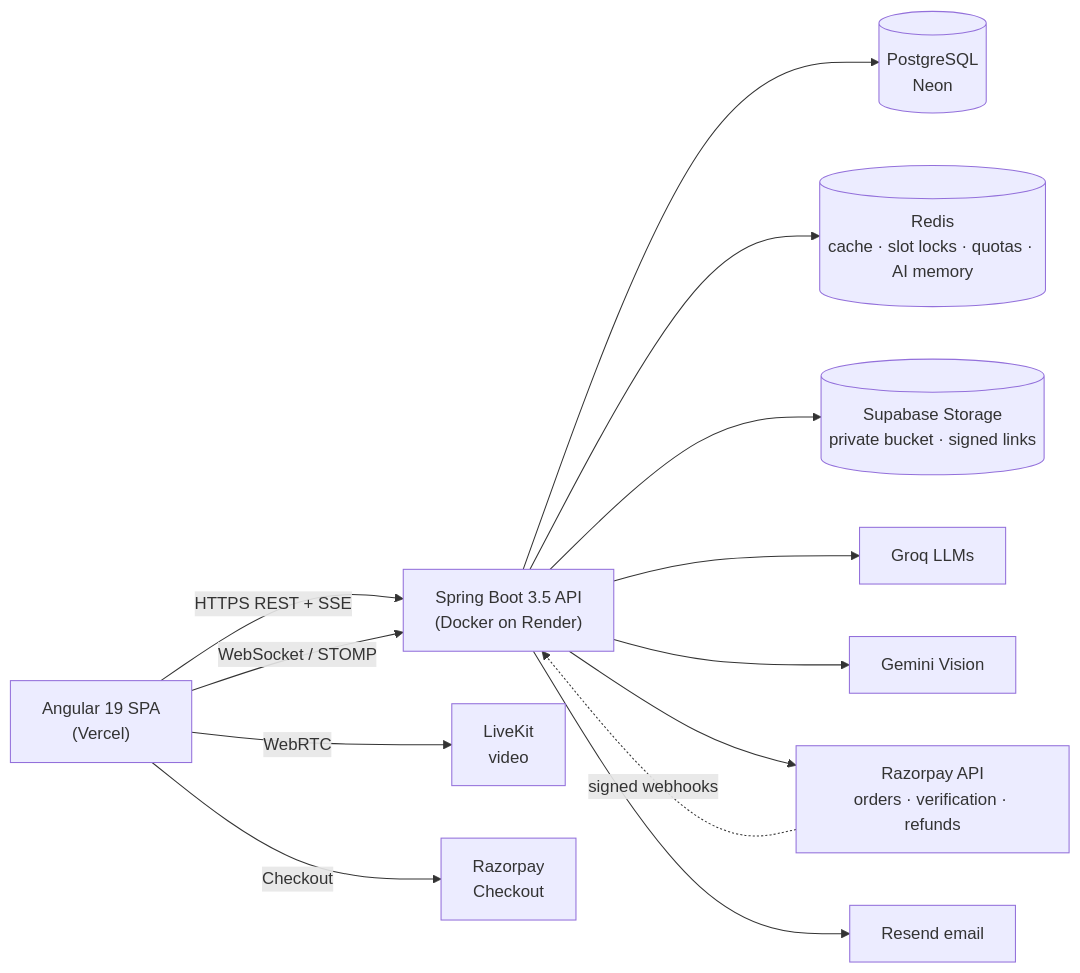
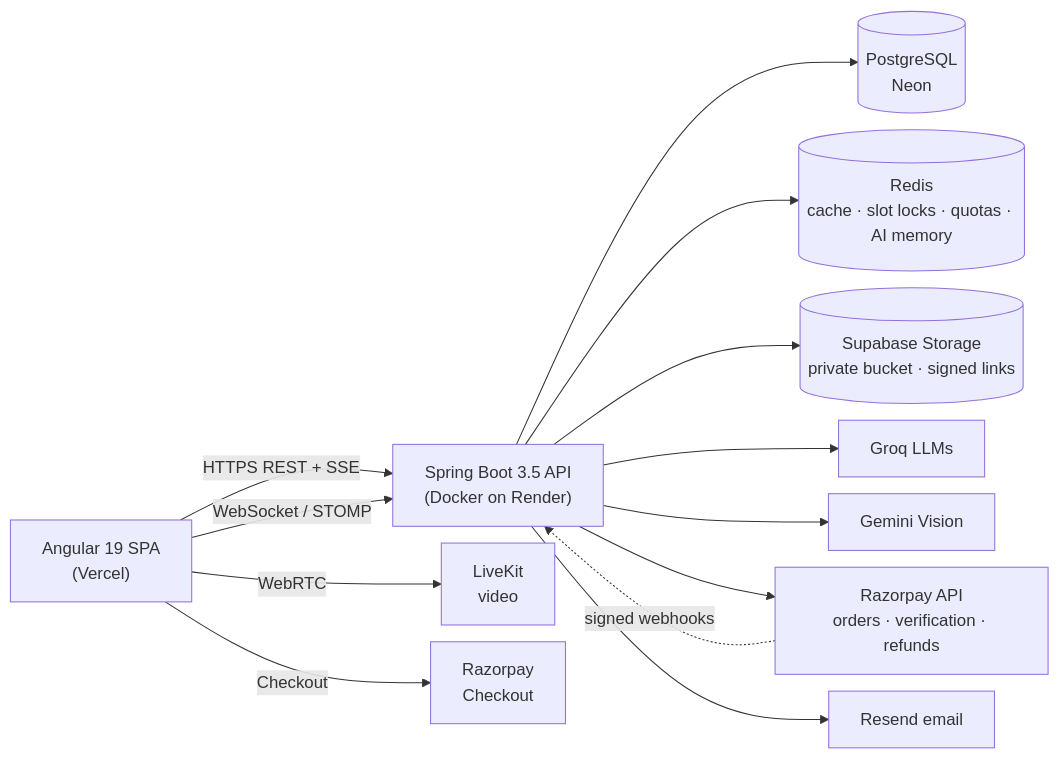
Before and after one commit to vikrant48/CareSync_frontend: diagram 15 of 29 in public/docs/caresync.md, drawn with Mermaid. The commit also changed other lines of this file and 1 other file, not shown here.

Commit message:
Enhance diagram rendering by setting max width from Mermaid source

````diff
--- a/public/docs/caresync.md
+++ b/public/docs/caresync.md
@@ -435,15 +441,17 @@
 ```mermaid
+%%{init: {"flowchart": {"rankSpacing": 40, "nodeSpacing": 16}}}%%
 flowchart LR
+    %% width: 640
     U["Angular 19 SPA<br/>(Vercel)"] -- "HTTPS REST + SSE" --> API["Spring Boot 3.5 API<br/>(Docker on Render)"]
     U -- "WebSocket / STOMP" --> API
     U -- "WebRTC" --> LK["LiveKit<br/>video"]
     U -- "Checkout" --> RZC["Razorpay<br/>Checkout"]
     API --> PG[("PostgreSQL<br/>Neon")]
     API --> RD[("Redis<br/>cache · slot locks · quotas · AI memory")]
     API --> ST[("Supabase Storage<br/>private bucket · signed links")]
     API --> GQ["Groq LLMs"]
     API --> GM["Gemini Vision"]
     API --> RZ["Razorpay API<br/>orders · verification · refunds"]
     API --> EM["Resend email"]
     RZ -. "signed webhooks" .-> API
 ```
````
